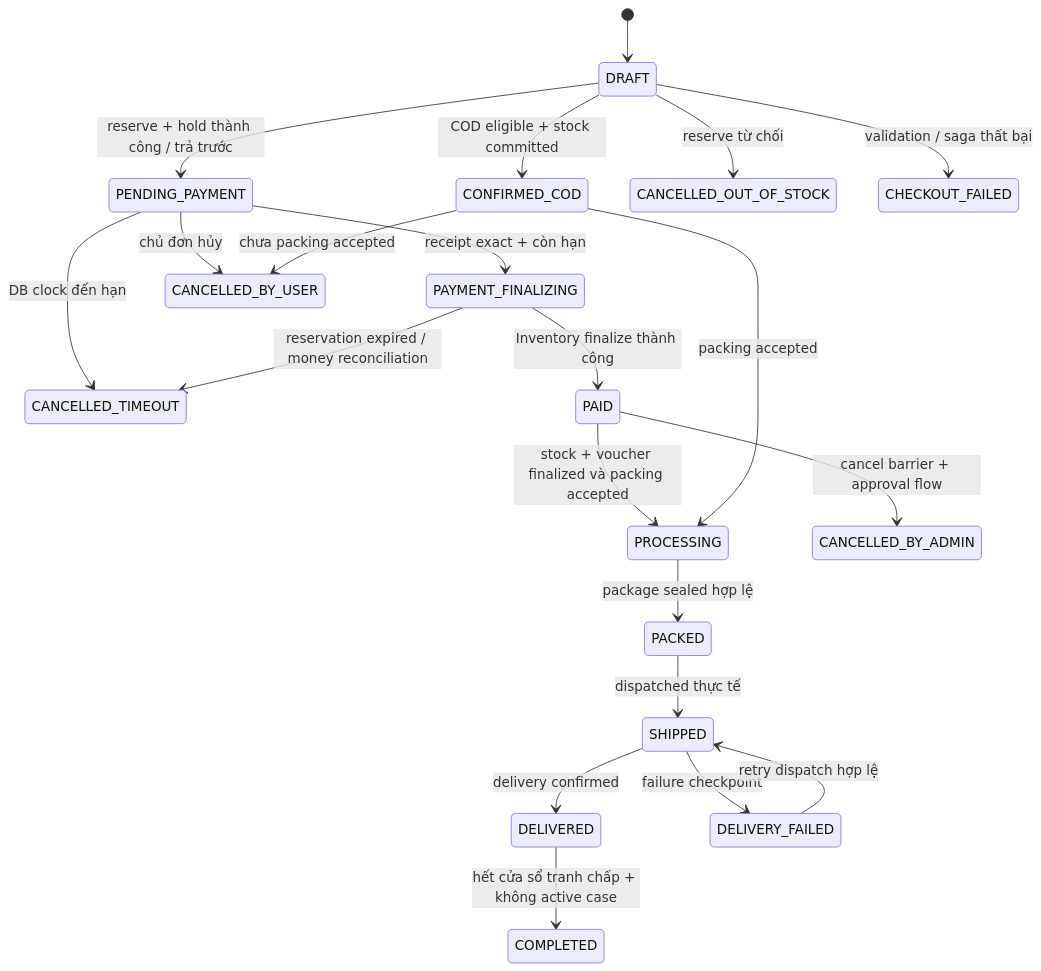
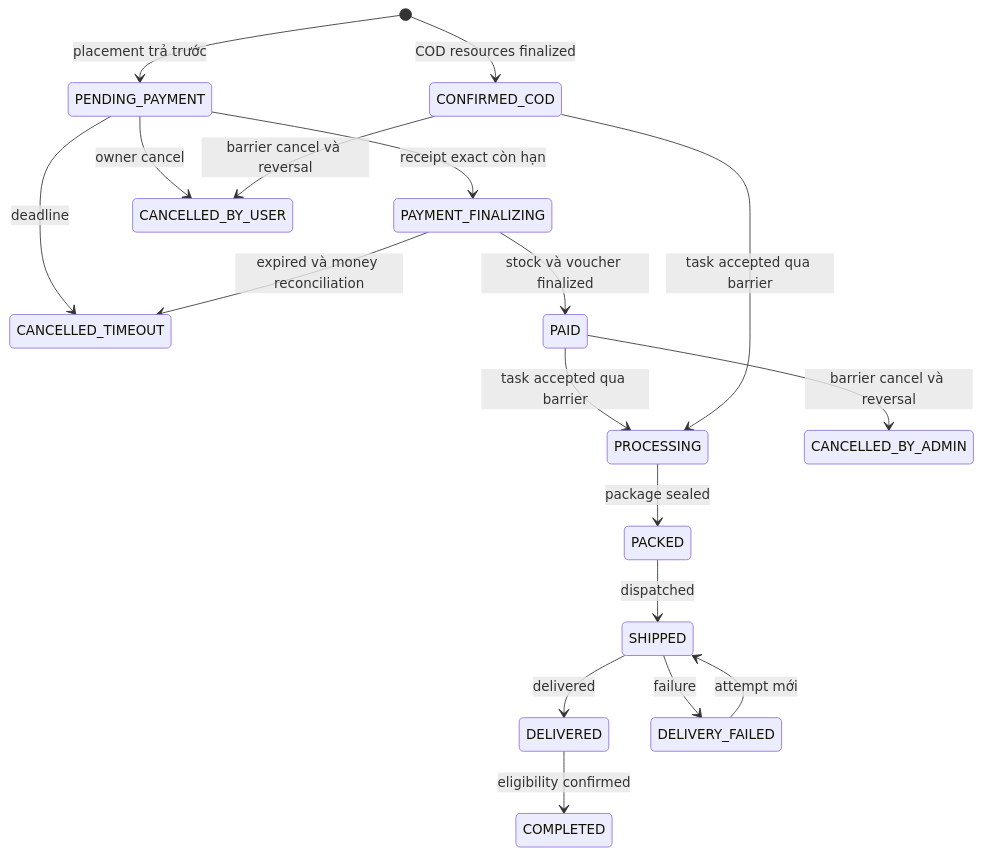
One commit to hvduong2k5/DUT.PBL6 changed the diagram in docs/02_architecture/services/order-service/02_state_machine_and_lifecycle.md. Above: the diagram before and after it, drawn with Mermaid. The commit also changed other lines of this file and 64 other files, not shown here.

````diff
--- a/docs/02_architecture/services/order-service/02_state_machine_and_lifecycle.md
+++ b/docs/02_architecture/services/order-service/02_state_machine_and_lifecycle.md
@@ -20,23 +20,20 @@
 ```mermaid
 stateDiagram-v2
-    [*] --> DRAFT
-    DRAFT --> PENDING_PAYMENT: reserve + hold thành công / trả trước
-    DRAFT --> CONFIRMED_COD: COD eligible + stock committed
-    DRAFT --> CANCELLED_OUT_OF_STOCK: reserve từ chối
-    DRAFT --> CHECKOUT_FAILED: validation / saga thất bại
-    PENDING_PAYMENT --> PAYMENT_FINALIZING: receipt exact + còn hạn
-    PENDING_PAYMENT --> CANCELLED_TIMEOUT: DB clock đến hạn
-    PENDING_PAYMENT --> CANCELLED_BY_USER: chủ đơn hủy
-    PAYMENT_FINALIZING --> PAID: Inventory finalize thành công
-    PAYMENT_FINALIZING --> CANCELLED_TIMEOUT: reservation expired / money reconciliation
-    PAID --> PROCESSING: stock + voucher finalized và packing accepted
-    CONFIRMED_COD --> PROCESSING: packing accepted
-    PAID --> CANCELLED_BY_ADMIN: cancel barrier + approval flow
-    CONFIRMED_COD --> CANCELLED_BY_USER: chưa packing accepted
-    PROCESSING --> PACKED: package sealed hợp lệ
-    PACKED --> SHIPPED: dispatched thực tế
-    SHIPPED --> DELIVERED: delivery confirmed
-    SHIPPED --> DELIVERY_FAILED: failure checkpoint
-    DELIVERY_FAILED --> SHIPPED: retry dispatch hợp lệ
-    DELIVERED --> COMPLETED: hết cửa sổ tranh chấp + không active case
+    [*] --> PENDING_PAYMENT: placement trả trước
+    [*] --> CONFIRMED_COD: COD resources finalized
+    PENDING_PAYMENT --> PAYMENT_FINALIZING: receipt exact còn hạn
+    PENDING_PAYMENT --> CANCELLED_TIMEOUT: deadline
+    PENDING_PAYMENT --> CANCELLED_BY_USER: owner cancel
+    PAYMENT_FINALIZING --> PAID: stock và voucher finalized
+    PAYMENT_FINALIZING --> CANCELLED_TIMEOUT: expired và money reconciliation
+    PAID --> PROCESSING: task accepted qua barrier
+    CONFIRMED_COD --> PROCESSING: task accepted qua barrier
+    PAID --> CANCELLED_BY_ADMIN: barrier cancel và reversal
+    CONFIRMED_COD --> CANCELLED_BY_USER: barrier cancel và reversal
+    PROCESSING --> PACKED: package sealed
+    PACKED --> SHIPPED: dispatched
+    SHIPPED --> DELIVERED: delivered
+    SHIPPED --> DELIVERY_FAILED: failure
+    DELIVERY_FAILED --> SHIPPED: attempt mới
+    DELIVERED --> COMPLETED: eligibility confirmed
 ```
````
